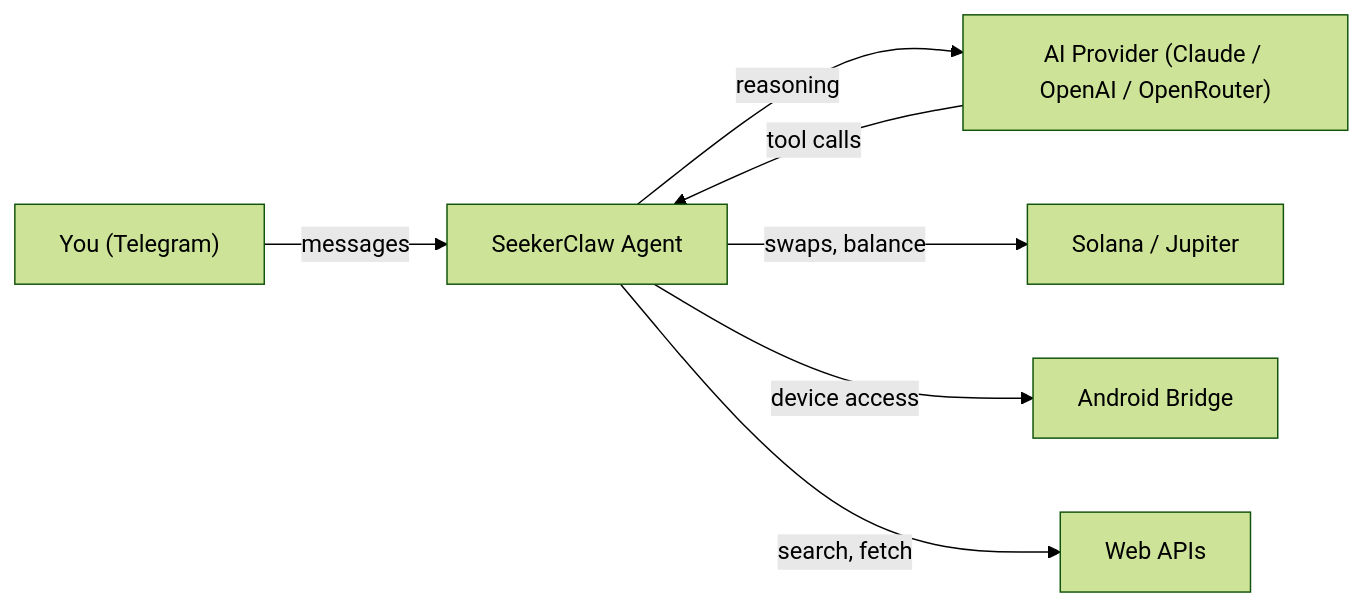
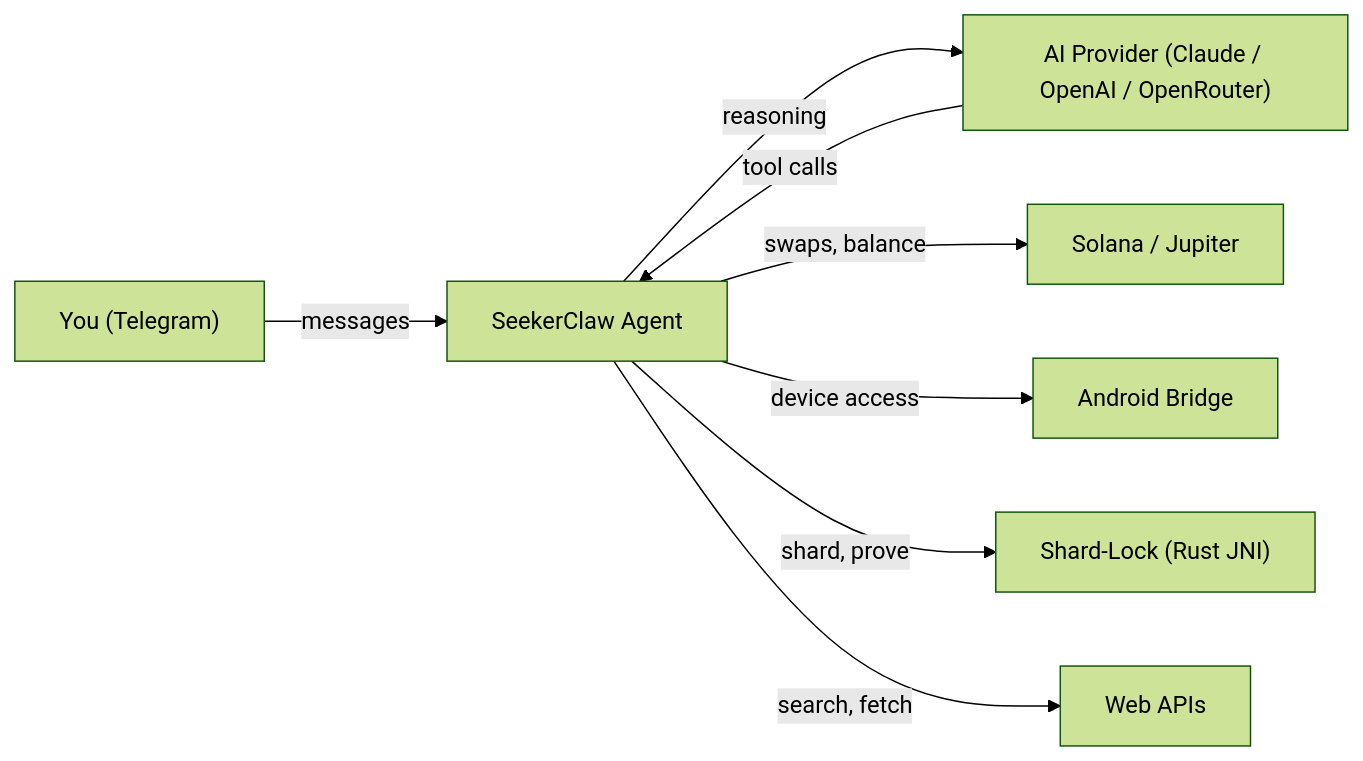
The diagram in README.md (RYthaGOD/seekerclaw-x-shard-lock), drawn with Mermaid (forest theme) before and after one commit. The commit also changed other lines of this file, not shown here.

Commit message:
docs: update README for Shard-Lock integration - Add Shard-Lock DePIN badge, update tool/skill counts (60/36), add Shard-Lock feature row, architecture diagram node, stack listing, dedicated section with tool table, and updated Quick Start with Rust build prerequisites

````diff
--- a/README.md
+++ b/README.md
@@ -50,9 +52,10 @@
 ```mermaid
 graph LR
     You["You (Telegram)"] -->|messages| Agent["SeekerClaw Agent"]
     Agent -->|reasoning| AI["AI Provider (Claude / OpenAI / OpenRouter)"]
     Agent -->|swaps, balance| Solana["Solana / Jupiter"]
     Agent -->|device access| Bridge["Android Bridge"]
+    Agent -->|shard, prove| ShardLock["Shard-Lock (Rust JNI)"]
     Agent -->|search, fetch| Web["Web APIs"]
     AI -->|tool calls| Agent
 ```
````
